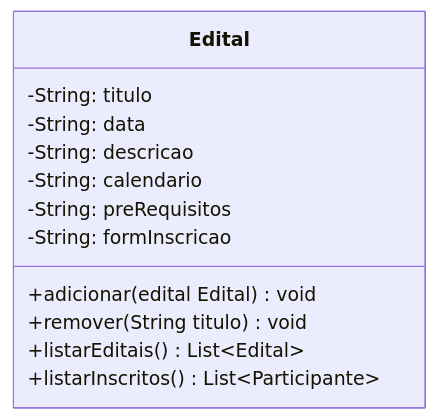
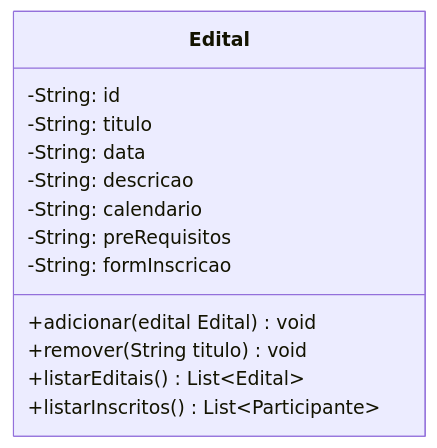
The diagram in src/main/java/br/ufpb/dcx/rodrigor/projetos/edital/EDITAL.md (prof-rodrigor/poo-projeto-g3), drawn with Mermaid before and after one commit. The commit also changed 1 other file, not shown here.

Commit message:
Recriei EditalService para adicionar, remover,listar, editar e exibir edital

````diff
--- a/src/main/java/br/ufpb/dcx/rodrigor/projetos/edital/EDITAL.md
+++ b/src/main/java/br/ufpb/dcx/rodrigor/projetos/edital/EDITAL.md
@@ -3,15 +3,16 @@
 ```mermaid
 classDiagram
 class Edital{
+		-String: id
 		-String: titulo
 		-String: data
 		-String: descricao
 	    -String: calendario
 	    -String: preRequisitos
 	    -String: formInscricao
 	    +adicionar(edital Edital) void
 	    +remover(String titulo) void
 	    +listarEditais() List~Edital~
 	    +listarInscritos() List~Participante~
 	}
 ```
````
